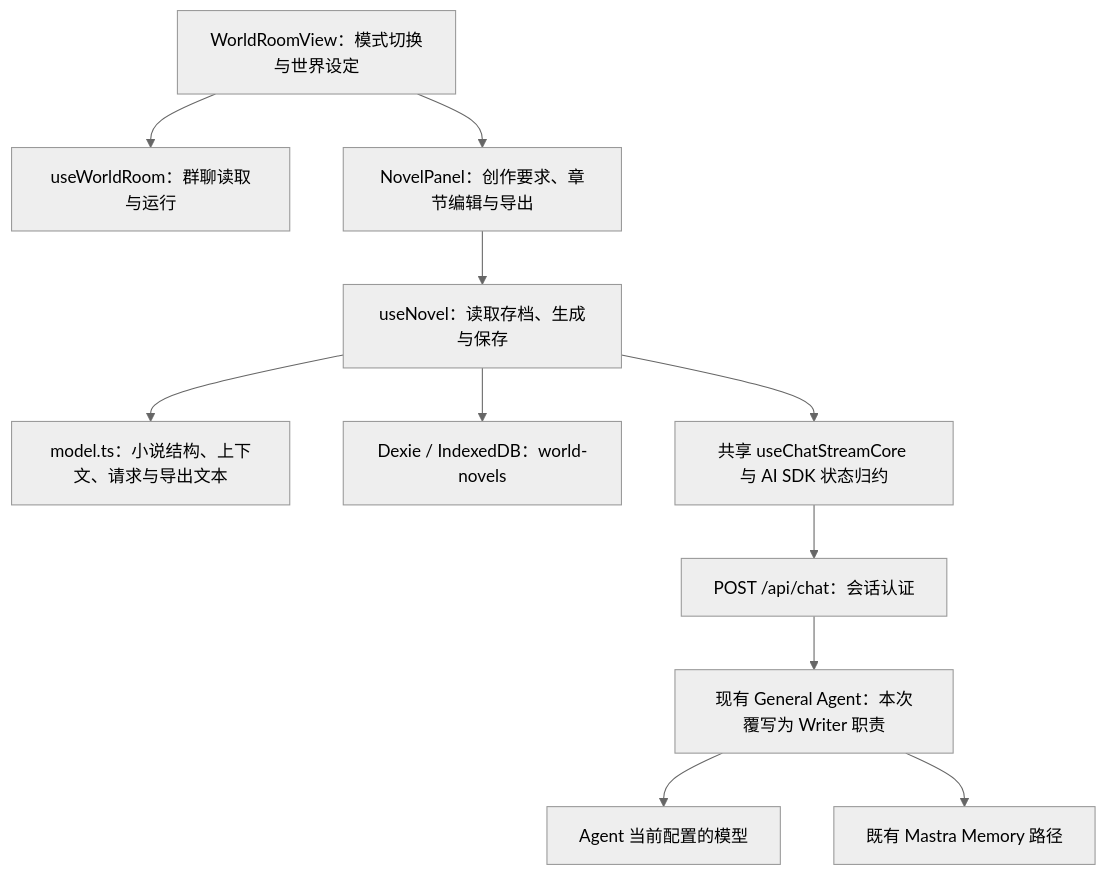
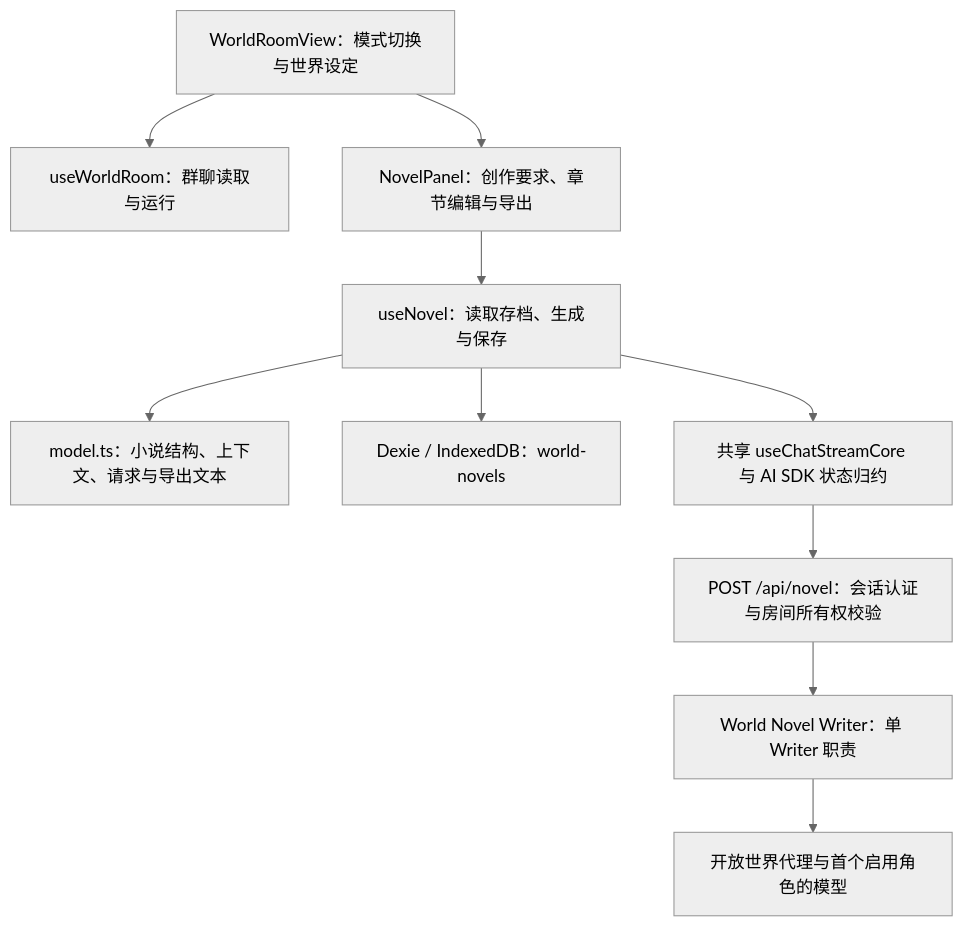
The first of 2 diagrams in docs/novel-mode.md (marvin-season/landing-page), drawn with Mermaid (neutral theme) before and after one commit. The commit also changed other lines of this file and 8 other files, not shown here.

````diff
--- a/docs/novel-mode.md
+++ b/docs/novel-mode.md
@@ -26,13 +26,12 @@
 ```mermaid
 flowchart TD
   Room[WorldRoomView：模式切换与世界设定] --> Chat[useWorldRoom：群聊读取与运行]
   Room --> Panel[NovelPanel：创作要求、章节编辑与导出]
   Panel --> Hook[useNovel：读取存档、生成与保存]
   Hook --> Model[model.ts：小说结构、上下文、请求与导出文本]
   Hook --> Store[Dexie / IndexedDB：world-novels]
   Hook --> Core[共享 useChatStreamCore 与 AI SDK 状态归约]
-  Core --> API[POST /api/chat：会话认证]
-  API --> Writer[现有 General Agent：本次覆写为 Writer 职责]
-  Writer --> LLM[Agent 当前配置的模型]
-  Writer --> Memory[既有 Mastra Memory 路径]
+  Core --> API[POST /api/novel：会话认证与房间所有权校验]
+  API --> Writer[World Novel Writer：单 Writer 职责]
+  Writer --> LLM[开放世界代理与首个启用角色的模型]
 ```
````
